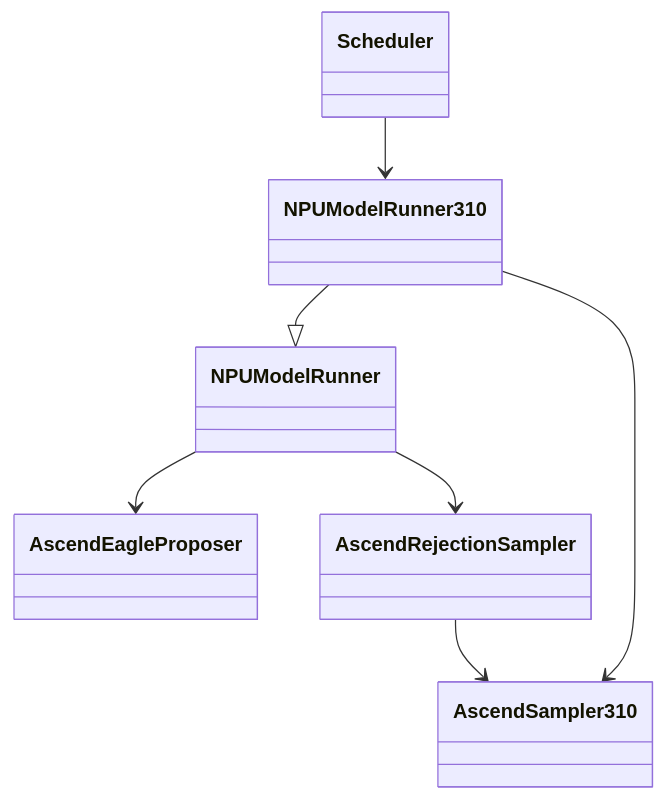
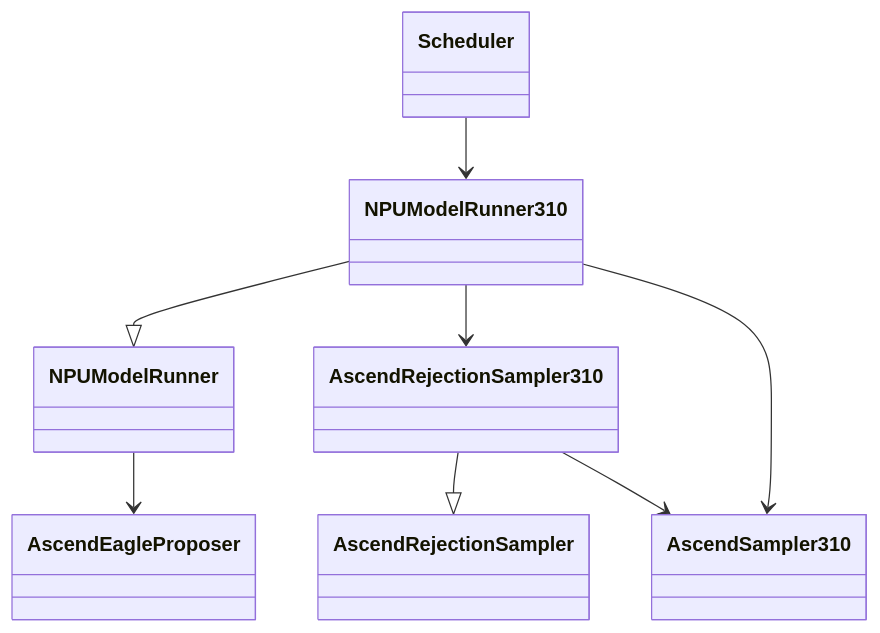
Before and after one commit to csoulnd/InferTechNote: the second of 6 diagrams in Work/MTP_DESIGN_310P.md, drawn with Mermaid. The commit also changed other lines of this file, not shown here.

````diff
--- a/Work/MTP_DESIGN_310P.md
+++ b/Work/MTP_DESIGN_310P.md
@@ -55,16 +56,18 @@
 ```mermaid
 classDiagram
     direction TB
     class Scheduler
     class NPUModelRunner
     class NPUModelRunner310
     class AscendEagleProposer
     class AscendRejectionSampler
+    class AscendRejectionSampler310
     class AscendSampler310
     Scheduler --> NPUModelRunner310
     NPUModelRunner310 --|> NPUModelRunner
     NPUModelRunner --> AscendEagleProposer
-    NPUModelRunner --> AscendRejectionSampler
+    NPUModelRunner310 --> AscendRejectionSampler310
     NPUModelRunner310 --> AscendSampler310
-    AscendRejectionSampler --> AscendSampler310
+    AscendRejectionSampler310 --|> AscendRejectionSampler
+    AscendRejectionSampler310 --> AscendSampler310
 ```
````
